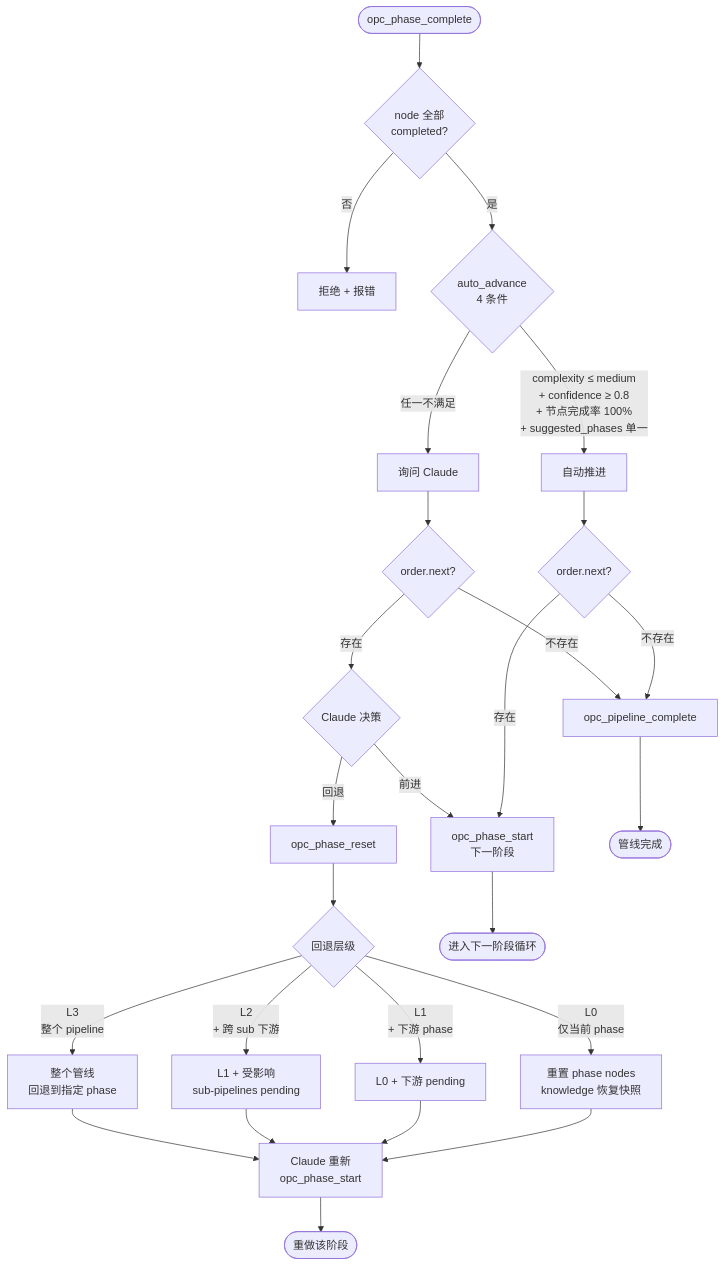
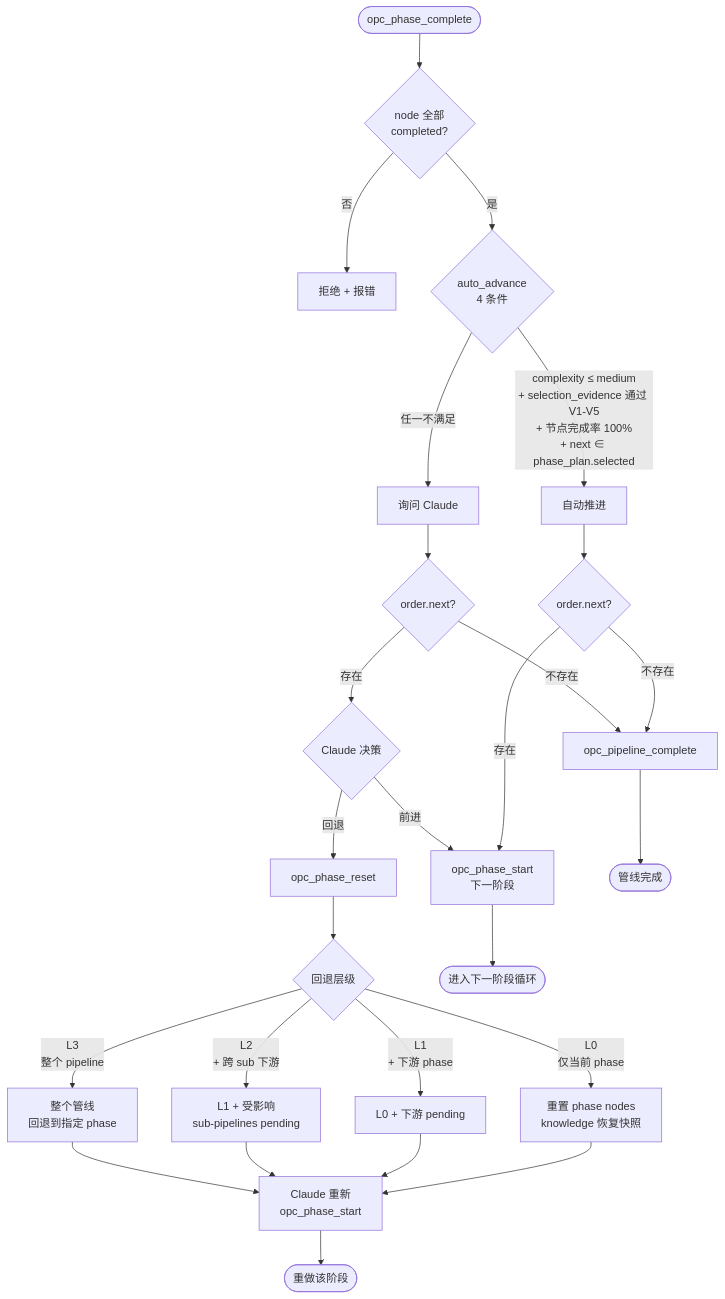
The second of 2 diagrams in doc/feature/02-opc-state-server/03-phase/00_overview.md (CaffeineOddity/opc-marketplace), drawn with Mermaid before and after one commit. The commit also changed other lines of this file and 38 other files, not shown here.

First line of the commit message:
docs: replace confidence-score model with evidence + V1-V5 validator across stack

````diff
--- a/doc/feature/02-opc-state-server/03-phase/00_overview.md
+++ b/doc/feature/02-opc-state-server/03-phase/00_overview.md
@@ -80,36 +80,36 @@
 ```mermaid
 flowchart TD
     Complete([opc_phase_complete]) --> Check{node 全部<br/>completed?}
     Check -->|否| Err[拒绝 + 报错]
     Check -->|是| Auto{auto_advance<br/>4 条件}
 
-    Auto -->|complexity ≤ medium<br/>+ confidence ≥ 0.8<br/>+ 节点完成率 100%<br/>+ suggested_phases 单一| AA[自动推进]
+    Auto -->|complexity ≤ medium<br/>+ selection_evidence 通过 V1-V5<br/>+ 节点完成率 100%<br/>+ next ∈ phase_plan.selected| AA[自动推进]
     Auto -->|任一不满足| Ask[询问 Claude]
 
     AA --> Next{order.next?}
     Ask --> NextA{order.next?}
 
     Next -->|存在| StartNext[opc_phase_start<br/>下一阶段]
     Next -->|不存在| PC[opc_pipeline_complete]
 
     NextA -->|存在| Decide{Claude 决策}
     NextA -->|不存在| PC
 
     Decide -->|前进| StartNext
     Decide -->|回退| Reset[opc_phase_reset]
 
     Reset --> RType{回退层级}
     RType -->|L0<br/>仅当前 phase| L0[重置 phase nodes<br/>knowledge 恢复快照]
     RType -->|L1<br/>+ 下游 phase| L1[L0 + 下游 pending]
     RType -->|L2<br/>+ 跨 sub 下游| L2[L1 + 受影响<br/>sub-pipelines pending]
     RType -->|L3<br/>整个 pipeline| L3[整个管线<br/>回退到指定 phase]
 
     L0 --> Resume[Claude 重新<br/>opc_phase_start]
     L1 --> Resume
     L2 --> Resume
     L3 --> Resume
 
     StartNext --> EndN([进入下一阶段循环])
     Resume --> EndR([重做该阶段])
     PC --> EndP([管线完成])
 ```
````
